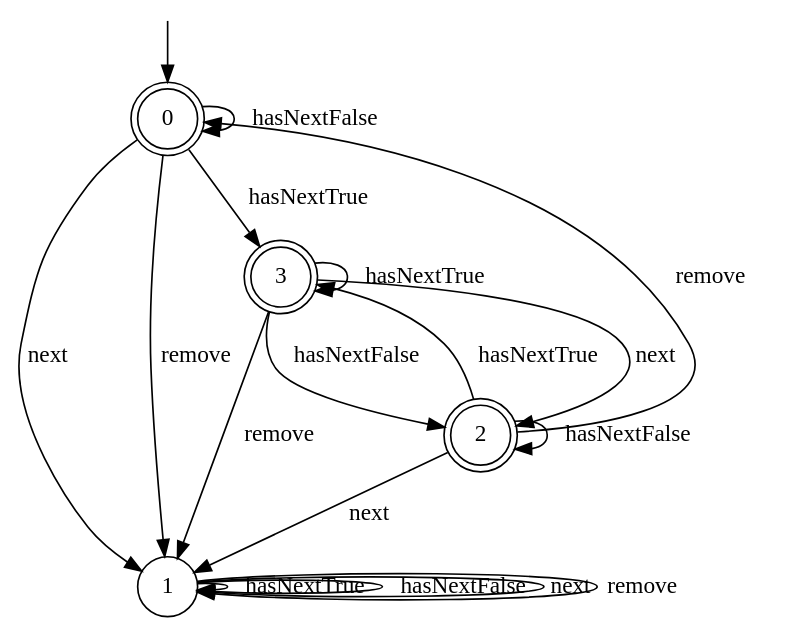
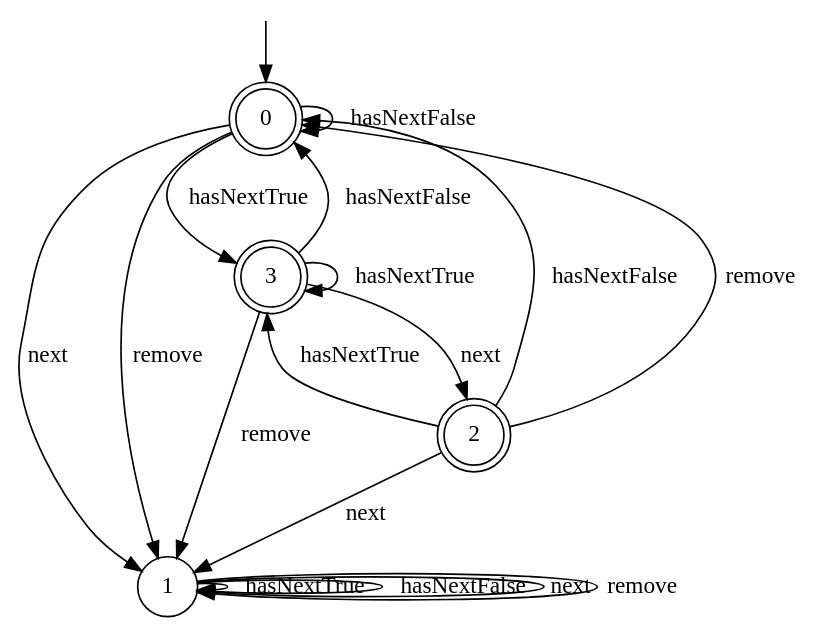
One commit to rasofema/fyp-specification-miner changed the diagram in hyp.dot. Above: the diagram before and after it, drawn with Graphviz. The commit also changed 1 other file, not shown here.

Commit message:
Fixed hasNextFalse bug

```diff
--- a/hyp.dot
+++ b/hyp.dot
@@ -1,27 +1,27 @@
 digraph g {
 
 	s0 [shape="doublecircle" label="0"];
 	s1 [shape="circle" label="1"];
 	s2 [shape="doublecircle" label="2"];
 	s3 [shape="doublecircle" label="3"];
 	s0 -> s3 [label="hasNextTrue"];
 	s0 -> s0 [label="hasNextFalse"];
 	s0 -> s1 [label="next"];
 	s0 -> s1 [label="remove"];
 	s1 -> s1 [label="hasNextTrue"];
 	s1 -> s1 [label="hasNextFalse"];
 	s1 -> s1 [label="next"];
 	s1 -> s1 [label="remove"];
 	s2 -> s3 [label="hasNextTrue"];
-	s2 -> s2 [label="hasNextFalse"];
+	s2 -> s0 [label="hasNextFalse"];
 	s2 -> s1 [label="next"];
 	s2 -> s0 [label="remove"];
 	s3 -> s3 [label="hasNextTrue"];
-	s3 -> s2 [label="hasNextFalse"];
+	s3 -> s0 [label="hasNextFalse"];
 	s3 -> s2 [label="next"];
 	s3 -> s1 [label="remove"];
 
 __start0 [label="" shape="none" width="0" height="0"];
 __start0 -> s0;
 
 }
```
